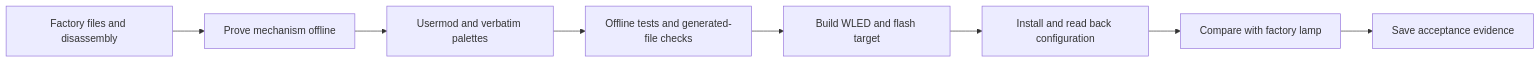
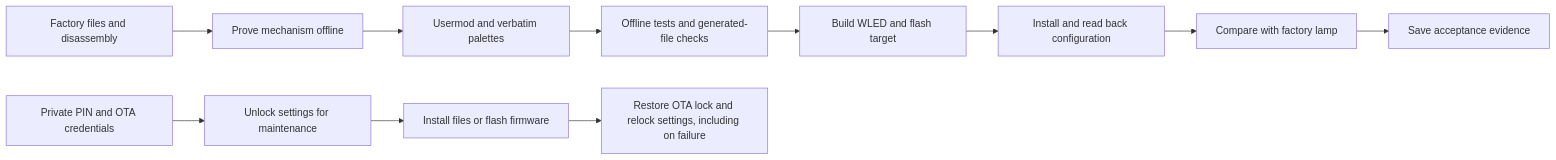
One commit to tyclab/tycwled changed the diagram in README.md. Above: the diagram before and after it, drawn with Mermaid. The commit also changed other lines of this file and 2 other files, not shown here.

Commit message:
Protect WLED administration and preserve authenticated maintenance

````diff
--- a/README.md
+++ b/README.md
@@ -10,10 +10,13 @@
 ```mermaid
 flowchart LR
     Factory[Factory files and disassembly] --> Model[Prove mechanism offline]
     Model --> Port[Usermod and verbatim palettes]
     Port --> Checks[Offline tests and generated-file checks]
     Checks --> Build[Build WLED and flash target]
     Build --> Install[Install and read back configuration]
     Install --> Verify[Compare with factory lamp]
     Verify --> Evidence[Save acceptance evidence]
+    Credentials[Private PIN and OTA credentials] --> Unlock[Unlock settings for maintenance]
+    Unlock --> Maintain[Install files or flash firmware]
+    Maintain --> Relock[Restore OTA lock and relock settings, including on failure]
 ```
````
